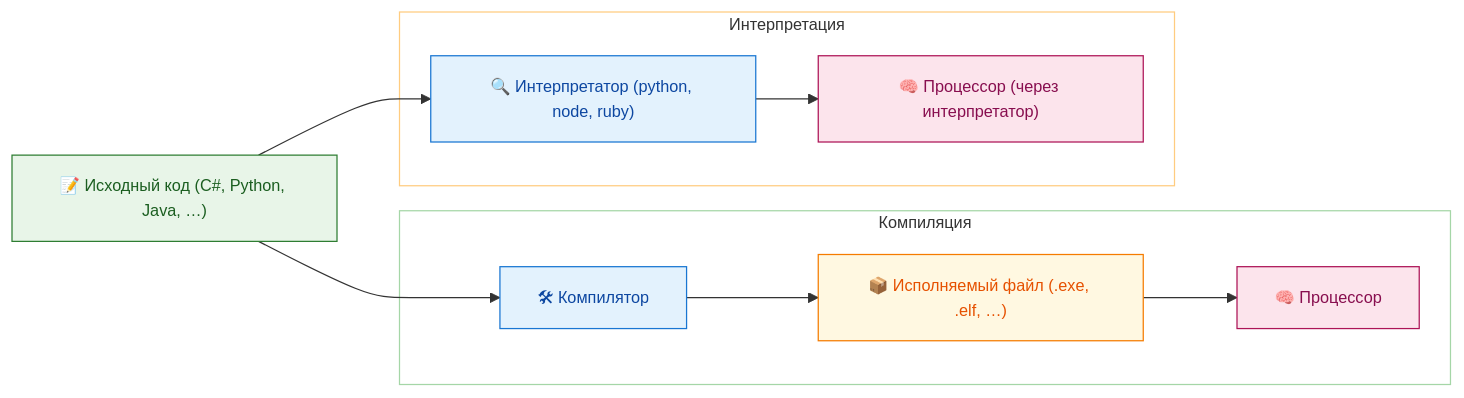
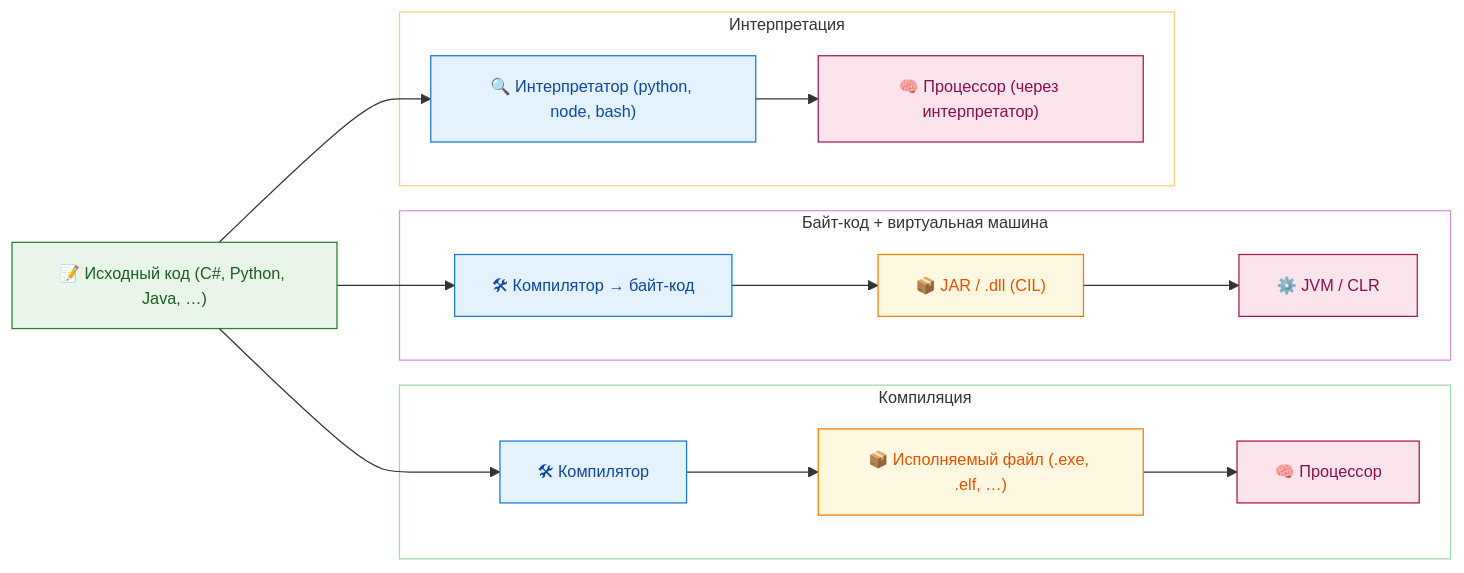
Before and after one commit to Spirzen/it-knowledge-base: the second of 4 diagrams in docs/encyclopedia/1-basics/1-20-ispolnyaemye-fayly-i-arhivy/1.md, drawn with Mermaid. The commit also changed other lines of this file and 1180 other files, not shown here.

````diff
--- a/docs/encyclopedia/1-basics/1-20-ispolnyaemye-fayly-i-arhivy/1.md
+++ b/docs/encyclopedia/1-basics/1-20-ispolnyaemye-fayly-i-arhivy/1.md
@@ -103,36 +116,45 @@
 ```mermaid
 %%{init: {
   "theme": "default",
   "themeVariables": {
     "fontSize": "13px",
     "fontFamily": "Segoe UI, Tahoma, sans-serif"
   }
 }}%%
 flowchart LR
     classDef source    fill:#e8f5e8,stroke:#2e7d32,color:#1b5e20;
     classDef tool      fill:#e3f2fd,stroke:#1976d2,color:#0d47a1;
     classDef output    fill:#fff8e1,stroke:#f57c00,color:#e65100;
     classDef runtime   fill:#fce4ec,stroke:#ad1457,color:#880e4f;
 
     SC["📝 Исходный код (C#, Python, Java, …)"]:::source
 
     subgraph Compilation ["Компиляция"]
         CC["🛠 Компилятор"]:::tool
         BIN["📦 Исполняемый файл (.exe, .elf, …)"]:::output
         CPU1["🧠 Процессор"]:::runtime
         CC --> BIN
         BIN --> CPU1
     end
 
+    subgraph VM ["Байт-код + виртуальная машина"]
+        VM1["🛠 Компилятор → байт-код"]:::tool
+        BC["📦 JAR / .dll (CIL)"]:::output
+        RT["⚙️ JVM / CLR"]:::runtime
+        VM1 --> BC --> RT
+    end
+
     subgraph Interpretation ["Интерпретация"]
-        INT["🔍 Интерпретатор (python, node, ruby)"]:::tool
+        INT["🔍 Интерпретатор (python, node, bash)"]:::tool
         CPU2["🧠 Процессор (через интерпретатор)"]:::runtime
         INT --> CPU2
     end
 
     SC --> CC
+    SC --> VM1
     SC --> INT
 
     style Compilation fill:none,stroke:#a5d6a7,stroke-width:1px
+    style VM fill:none,stroke:#ce93d8,stroke-width:1px
     style Interpretation fill:none,stroke:#ffcc80,stroke-width:1px
 ```
````
